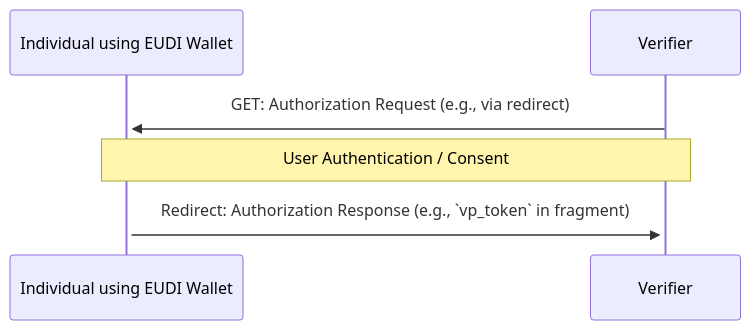
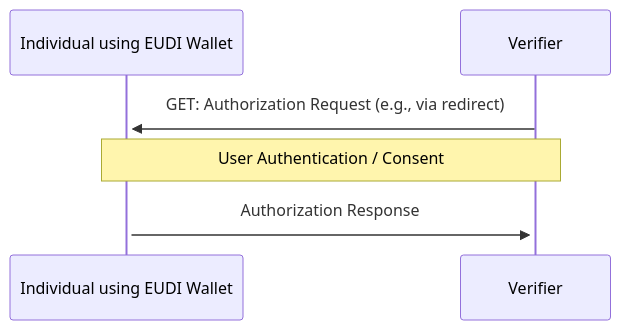
Before and after one commit to EWC-consortium/eudi-wallet-rfcs: the first of 2 diagrams in ewc-rfc002-present-verifiable-credentials.md, drawn with Mermaid. The commit also changed other lines of this file, not shown here.

Commit message:
Fix: Simplify language in the presentation flow section by removing outdated references to `response_mode` and `fragment` for clarity.

````diff
--- a/ewc-rfc002-present-verifiable-credentials.md
+++ b/ewc-rfc002-present-verifiable-credentials.md
@@ -71,9 +71,9 @@
 ```mermaid
   sequenceDiagram
       participant I as Individual using EUDI Wallet
       participant V as Verifier
 
       V->>+I: GET: Authorization Request (e.g., via redirect)
       Note over I,V: User Authentication / Consent
-      I->>+V: Redirect: Authorization Response (e.g., `vp_token` in fragment)
+      I->>+V: Authorization Response
 ```
````
